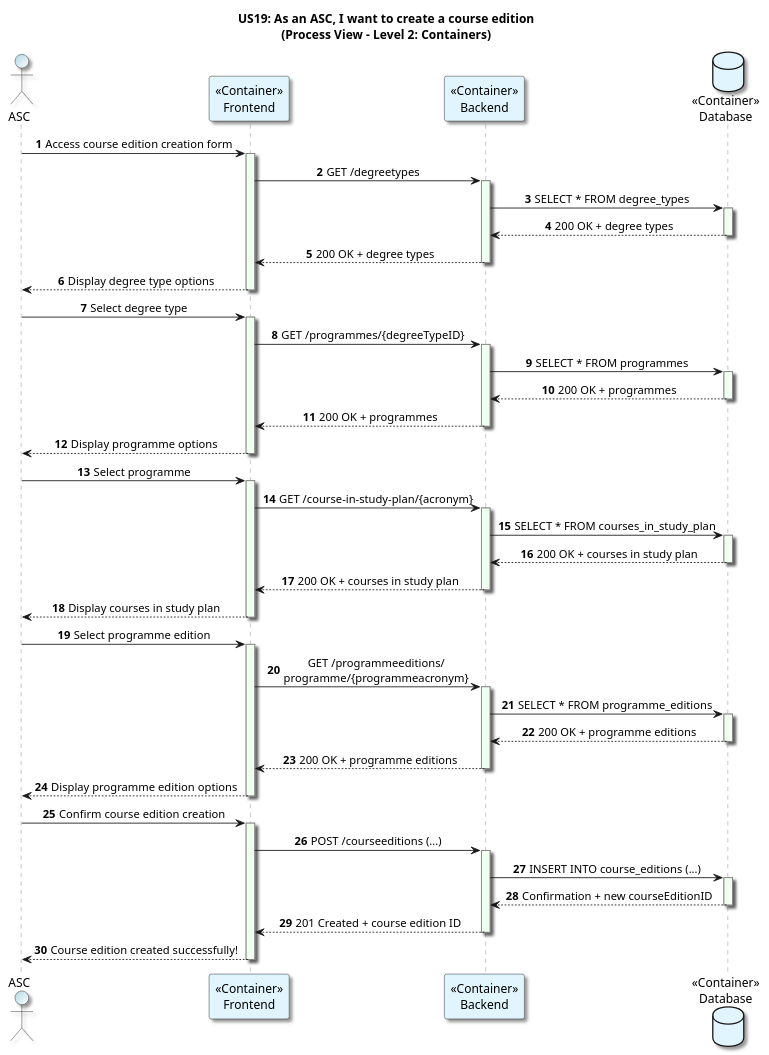
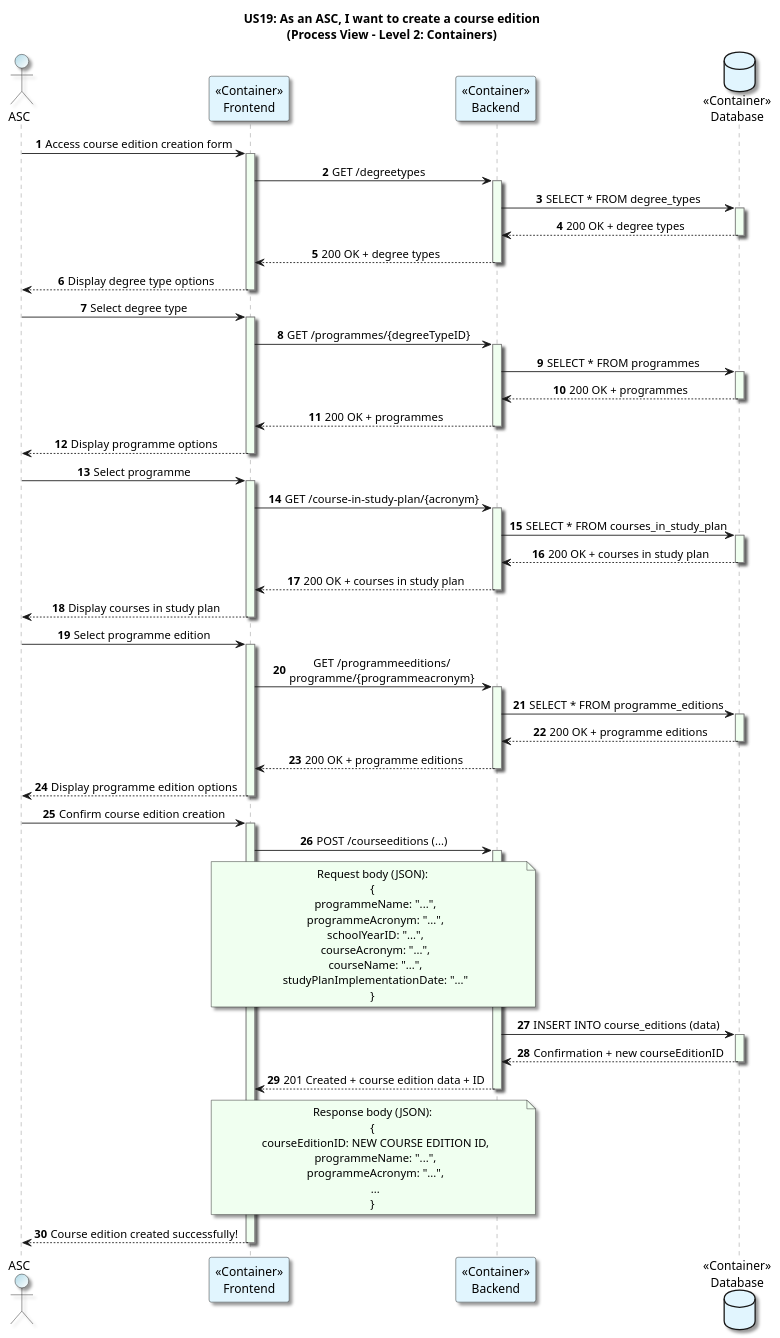
Before and after one commit to GasparISEP/DevOps-PAI: the diagram in docs/US19/Sprint6_RestAPI/ProcessView/CreateCourseEdition_ProcessView_Level2.puml, drawn with PlantUML.

Commit message:
docs(process-view level 2): add request and response bodies to course edition creation flow for clarity (refs #536, #549)

```diff
--- a/docs/US19/Sprint6_RestAPI/ProcessView/CreateCourseEdition_ProcessView_Level2.puml
+++ b/docs/US19/Sprint6_RestAPI/ProcessView/CreateCourseEdition_ProcessView_Level2.puml
@@ -1,87 +1,107 @@
 @startuml
 title: US19: As an ASC, I want to create a course edition\n(Process View - Level 2: Containers)
 autonumber
 
 skinparam {
   ActivityPadding 2
   ActivityMargin 2
   BoxPadding 2
 }
 skinparam sequence {
     LifeLineBorderColor Grey
     LifeLineBackgroundColor HoneyDew
 }
 skinparam defaultTextAlignment center
 skinparam shadowing true
 
 actor ASC  #LightBlue/White
 participant "<<Container>>\nFrontend" as Frontend #E1F5FE
 participant "<<Container>>\nBackend" as Backend #E1F5FE
 database "<<Container>>\nDatabase" as Database #E1F5FE
 
 ASC -> Frontend: Access course edition creation form
 activate Frontend
 
 Frontend -> Backend: GET /degreetypes
 activate Backend
 Backend -> Database: SELECT * FROM degree_types
 activate Database
 Database --> Backend: 200 OK + degree types
 deactivate Database
 Backend --> Frontend: 200 OK + degree types
 deactivate Backend
 Frontend --> ASC: Display degree type options
 deactivate Frontend
 
 ASC -> Frontend: Select degree type
 activate Frontend
 Frontend -> Backend: GET /programmes/{degreeTypeID}
 activate Backend
 Backend -> Database: SELECT * FROM programmes
 activate Database
 Database --> Backend: 200 OK + programmes
 deactivate Database
 Backend --> Frontend: 200 OK + programmes
 deactivate Backend
 Frontend --> ASC: Display programme options
 deactivate Frontend
 
 ASC -> Frontend: Select programme
 activate Frontend
 Frontend -> Backend: GET /course-in-study-plan/{acronym}
 activate Backend
 Backend -> Database: SELECT * FROM courses_in_study_plan
 activate Database
 Database --> Backend: 200 OK + courses in study plan
 deactivate Database
 Backend --> Frontend: 200 OK + courses in study plan
 deactivate Backend
 Frontend --> ASC: Display courses in study plan
 deactivate Frontend
 
 ASC -> Frontend: Select programme edition
 activate Frontend
 Frontend -> Backend: GET /programmeeditions/\nprogramme/{programmeacronym}
 activate Backend
 Backend -> Database: SELECT * FROM programme_editions
 activate Database
 Database --> Backend: 200 OK + programme editions
 deactivate Database
 Backend --> Frontend: 200 OK + programme editions
 deactivate Backend
 Frontend --> ASC: Display programme edition options
 deactivate Frontend
 
 ASC -> Frontend: Confirm course edition creation
 activate Frontend
 Frontend -> Backend: POST /courseeditions (...)
+note over Frontend, Backend #HoneyDew
+Request body (JSON):
+{
+  programmeName: "...",
+  programmeAcronym: "...",
+  schoolYearID: "...",
+  courseAcronym: "...",
+  courseName: "...",
+  studyPlanImplementationDate: "..."
+}
+end note
 activate Backend
-Backend -> Database: INSERT INTO course_editions (...)
+Backend -> Database: INSERT INTO course_editions (data)
 activate Database
 Database --> Backend: Confirmation + new courseEditionID
 deactivate Database
-Backend --> Frontend: 201 Created + course edition ID
+Backend --> Frontend: 201 Created + course edition data + ID
+note over Backend, Frontend #HoneyDew
+Response body (JSON):
+{
+  courseEditionID: NEW COURSE EDITION ID,
+  programmeName: "...",
+  programmeAcronym: "...",
+  ...
+}
+end note
 deactivate Backend
 Frontend --> ASC: Course edition created successfully!
 deactivate Frontend
 @enduml
```
